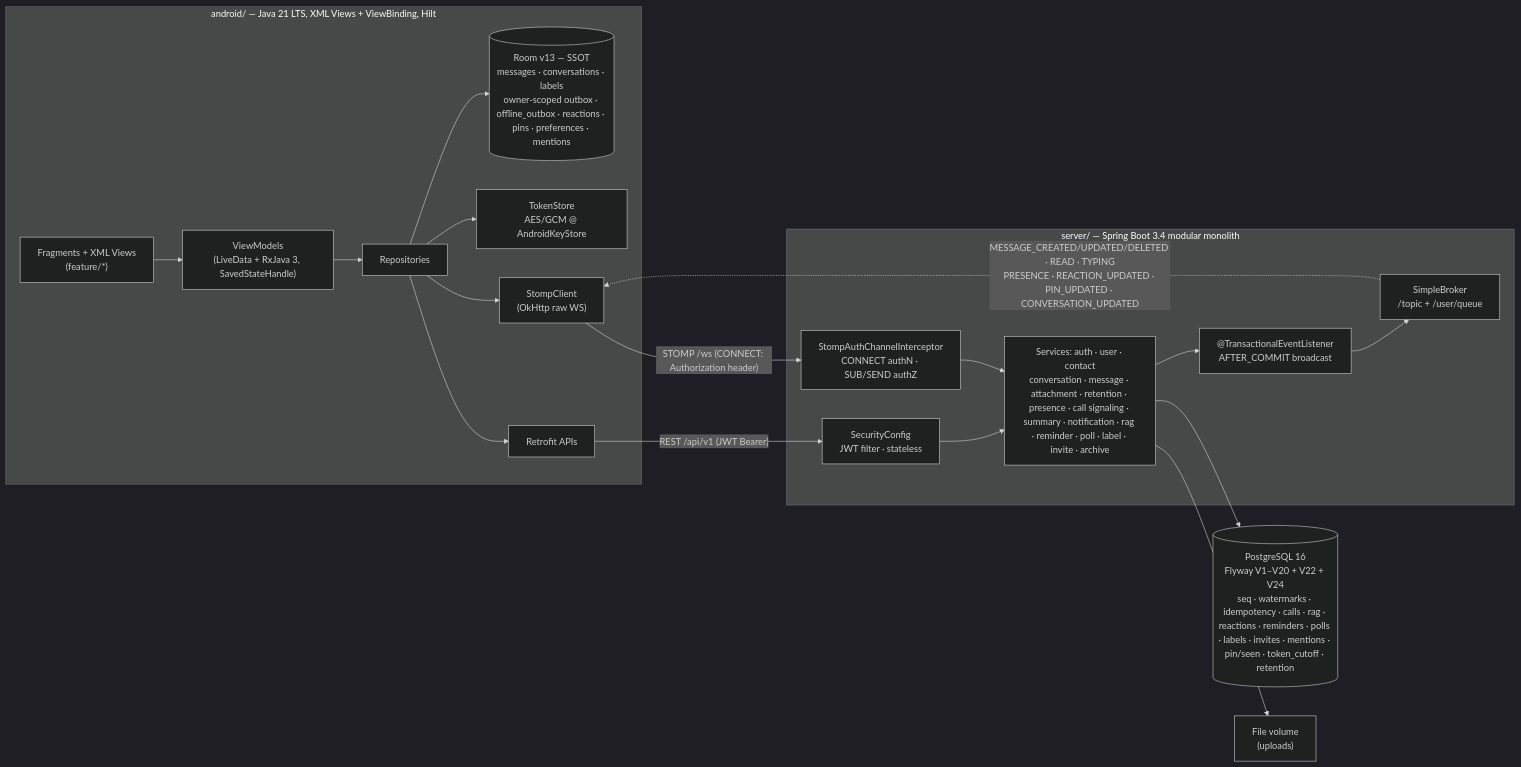
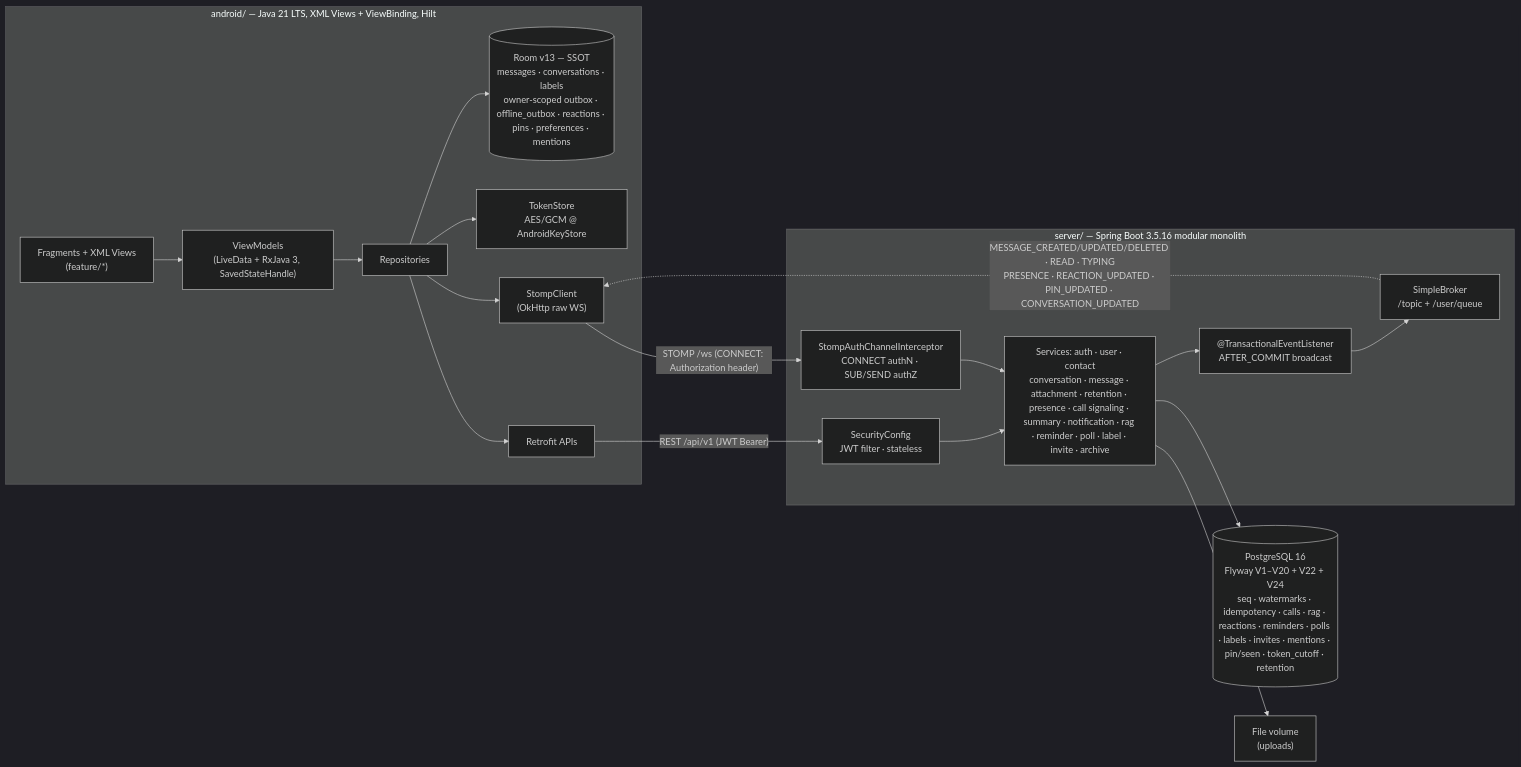
Before and after one commit to JasonTM17/Nexachat_AppJ: the diagram in README.md, drawn with Mermaid (dark theme). The commit also changed other lines of this file and 2 other files, not shown here.

First line of the commit message:
docs: align stack docs with Spring Boot 3.5.16

````diff
--- a/README.md
+++ b/README.md
@@ -111,29 +111,29 @@
 ```mermaid
 flowchart LR
     subgraph Android["android/ — Java 21 LTS, XML Views + ViewBinding, Hilt"]
         UI["Fragments + XML Views<br/>(feature/*)"] --> VM["ViewModels<br/>(LiveData + RxJava 3, SavedStateHandle)"]
         VM --> REPO["Repositories"]
         REPO --> ROOM[("Room v13 — SSOT<br/>messages · conversations · labels<br/>owner-scoped outbox · offline_outbox · reactions · pins · preferences · mentions")]
         REPO --> TS["TokenStore<br/>AES/GCM @ AndroidKeyStore"]
         REPO --> ST["StompClient<br/>(OkHttp raw WS)"]
         REPO --> RT["Retrofit APIs"]
     end
 
-    subgraph Server["server/ — Spring Boot 3.4 modular monolith"]
+    subgraph Server["server/ — Spring Boot 3.5.16 modular monolith"]
         SEC["SecurityConfig<br/>JWT filter · stateless"]
         INT["StompAuthChannelInterceptor<br/>CONNECT authN · SUB/SEND authZ"]
         SVC["Services: auth · user · contact<br/>conversation · message · attachment · retention · presence · call signaling · summary · notification · rag · reminder · poll · label · invite · archive"]
         EVT["@TransactionalEventListener<br/>AFTER_COMMIT broadcast"]
         BR["SimpleBroker<br/>/topic + /user/queue"]
     end
 
     DB[("PostgreSQL 16<br/>Flyway V1–V20 + V22 + V24<br/>seq · watermarks · idempotency · calls · rag · reactions · reminders · polls · labels · invites · mentions · pin/seen · token_cutoff · retention")]
     FS["File volume<br/>(uploads)"]
 
     RT -- "REST /api/v1 (JWT Bearer)" --> SEC --> SVC
     ST -- "STOMP /ws (CONNECT: Authorization header)" --> INT --> SVC
     SVC --> DB
     SVC --> FS
     SVC --> EVT --> BR
     BR -. "MESSAGE_CREATED/UPDATED/DELETED · READ · TYPING<br/>PRESENCE · REACTION_UPDATED · PIN_UPDATED · CONVERSATION_UPDATED" .-> ST
 ```
````
